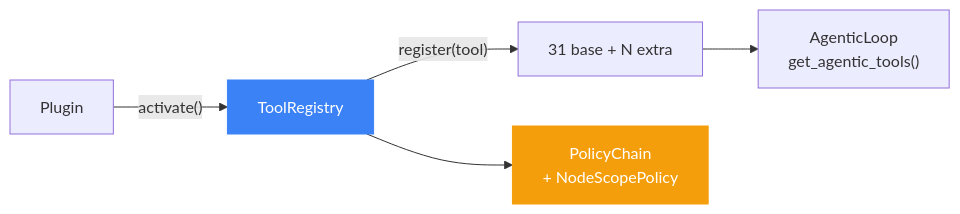
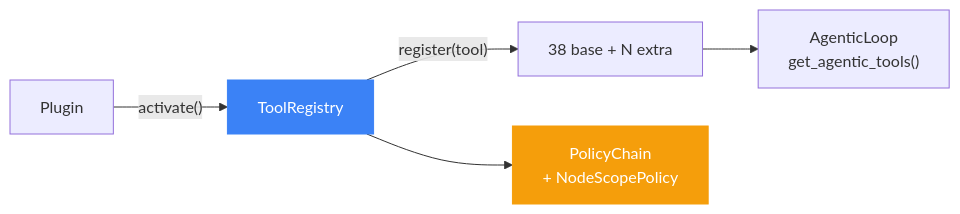
Before and after one commit to mangowhoiscloud/geode: diagram 12 of 12 in README.md, drawn with Mermaid. The commit also changed other lines of this file and 13 other files, not shown here.

````diff
--- a/README.md
+++ b/README.md
@@ -483,10 +484,10 @@
 ```mermaid
 graph LR
     Plugin["Plugin"] -->|"activate()"| Reg["ToolRegistry"]
-    Reg -->|"register(tool)"| Tools["31 base + N extra"]
+    Reg -->|"register(tool)"| Tools["38 base + N extra"]
     Tools --> AL["AgenticLoop<br/>get_agentic_tools()"]
     Reg --> Policy["PolicyChain<br/>+ NodeScopePolicy"]
 
     style Reg fill:#3b82f6,stroke:#3b82f6,color:#fff
     style Policy fill:#f59e0b,stroke:#f59e0b,color:#fff
 ```
````
